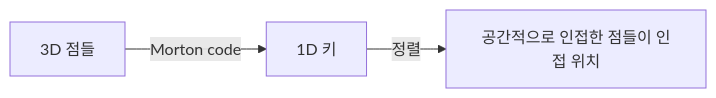
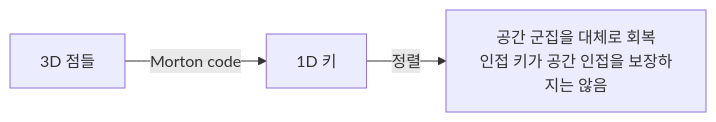
The third of 5 diagrams in math/part16_bvh.md (Rein-ArXiv/game-dev-curriculum), drawn with Mermaid before and after one commit. The commit also changed other lines of this file and 279 other files, not shown here.

````diff
--- a/math/part16_bvh.md
+++ b/math/part16_bvh.md
@@ -453,5 +454,5 @@
 ```mermaid
 flowchart LR
     P3D[3D 점들] -->|Morton code| K1D[1D 키]
-    K1D -->|정렬| Sorted[공간적으로 인접한 점들이 인접 위치]
+    K1D -->|정렬| Sorted[공간 군집을 대체로 회복<br/>인접 키가 공간 인접을 보장하지는 않음]
 ```
````
